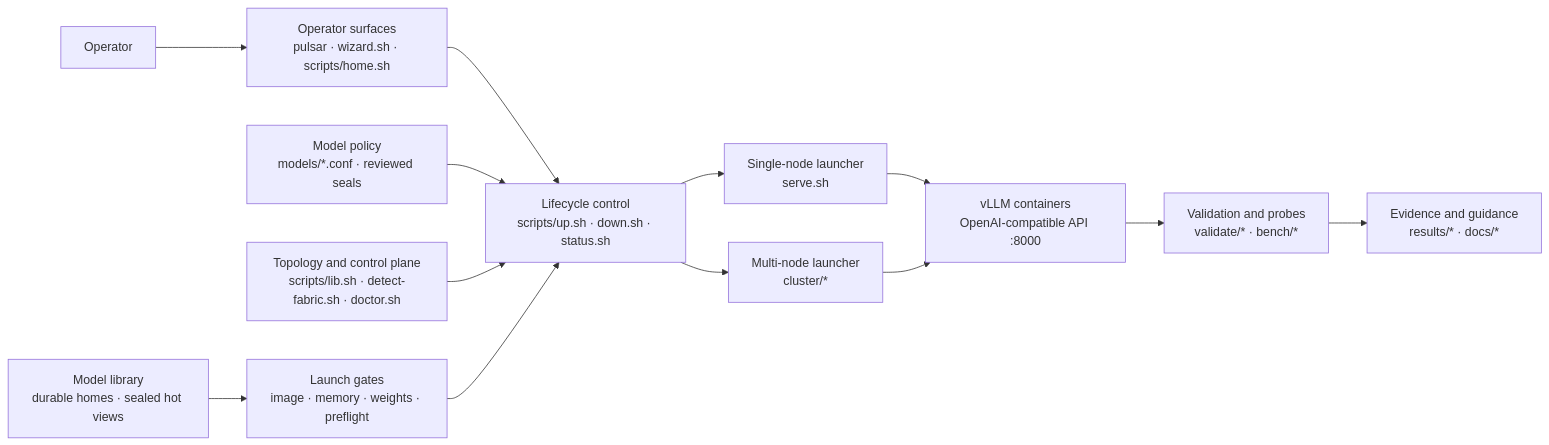
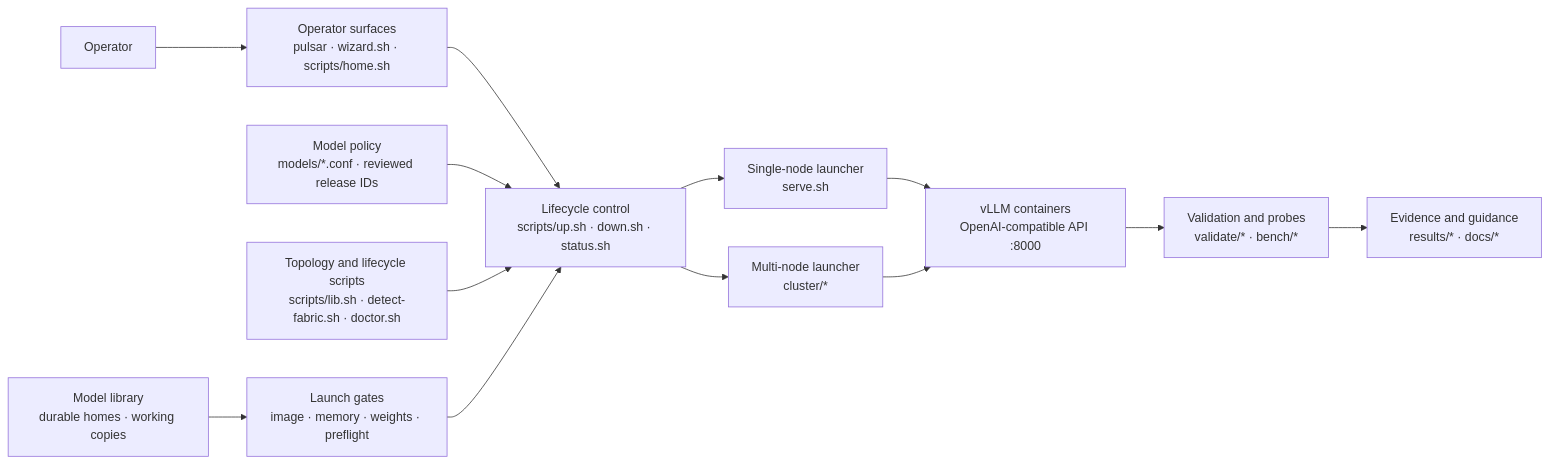
Before and after one commit to luisefigueroa/pulsar-gb10-vllm-stack: the diagram in AGENTS.md, drawn with Mermaid. The commit also changed other lines of this file, not shown here.

First line of the commit message:
docs: lead AGENTS.md with descriptions, not library brands

````diff
--- a/AGENTS.md
+++ b/AGENTS.md
@@ -9,19 +9,19 @@
 ```mermaid
 flowchart LR
   operator["Operator"] --> surfaces["Operator surfaces<br/>pulsar · wizard.sh · scripts/home.sh"]
   surfaces --> lifecycle["Lifecycle control<br/>scripts/up.sh · down.sh · status.sh"]
 
-  profiles["Model policy<br/>models/*.conf · reviewed seals"] --> lifecycle
-  topology["Topology and control plane<br/>scripts/lib.sh · detect-fabric.sh · doctor.sh"] --> lifecycle
+  profiles["Model policy<br/>models/*.conf · reviewed release IDs"] --> lifecycle
+  topology["Topology and lifecycle scripts<br/>scripts/lib.sh · detect-fabric.sh · doctor.sh"] --> lifecycle
   artifacts["Launch gates<br/>image · memory · weights · preflight"] --> lifecycle
 
   lifecycle --> single["Single-node launcher<br/>serve.sh"]
   lifecycle --> cluster["Multi-node launcher<br/>cluster/*"]
   single --> runtime["vLLM containers<br/>OpenAI-compatible API :8000"]
   cluster --> runtime
 
-  library["Model library<br/>durable homes · sealed hot views"] --> artifacts
+  library["Model library<br/>durable homes · working copies"] --> artifacts
 
   runtime --> validation["Validation and probes<br/>validate/* · bench/*"]
   validation --> evidence["Evidence and guidance<br/>results/* · docs/*"]
 ```
````
